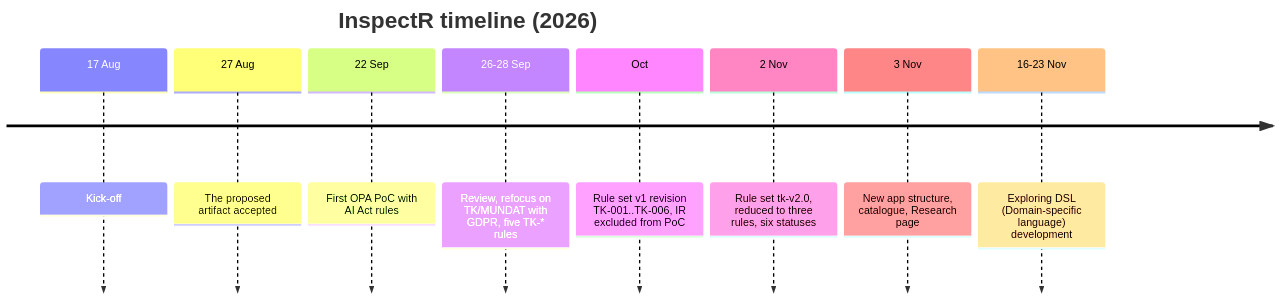
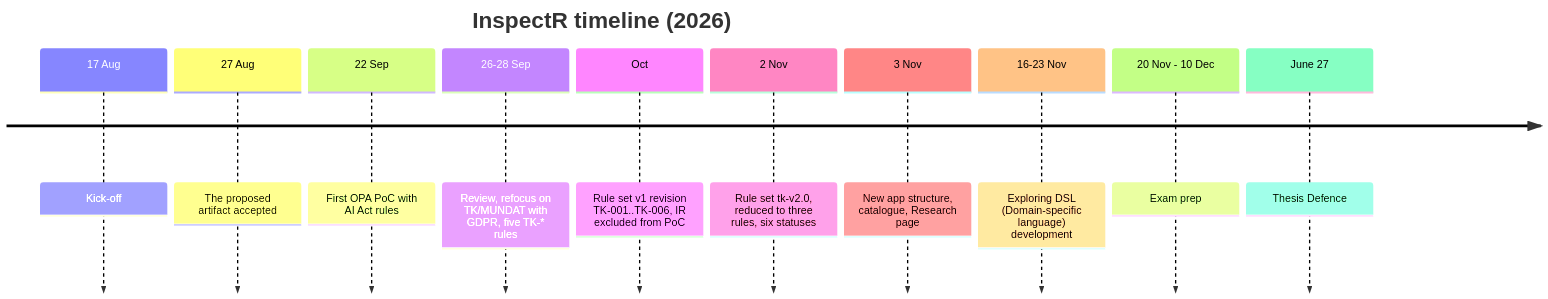
The first of 2 diagrams in README.md (sirin-koca/InspectR-Final), drawn with Mermaid before and after one commit.

Commit message:
Update timeline with exam prep and thesis defense
Added exam prep and thesis defense dates to the timeline.

````diff
--- a/README.md
+++ b/README.md
@@ -11,13 +11,16 @@
 ```mermaid
 timeline
     title InspectR timeline (2026)
   17 Aug : Kick-off
   27 Aug : The proposed artifact accepted
   22 Sep : First OPA PoC with AI Act rules
   26-28 Sep : Review, refocus on TK/MUNDAT with GDPR, five TK-* rules
   Oct : Rule set v1 revision TK-001..TK-006, IR excluded from PoC
   2 Nov : Rule set tk-v2.0, reduced to three rules, six statuses
   3 Nov : New app structure, catalogue, Research page
   16-23 Nov : Exploring DSL (Domain-specific language) development 
+  20 Nov - 10 Dec : Exam prep
+
+  June 27: Thesis Defence 
   
 ```
````
